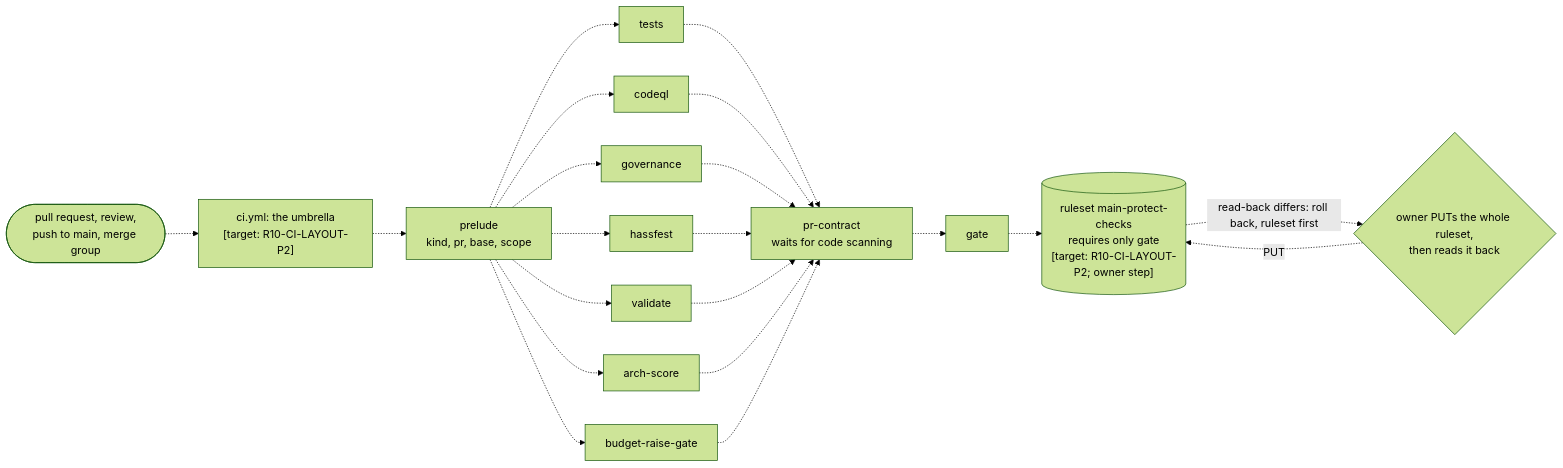
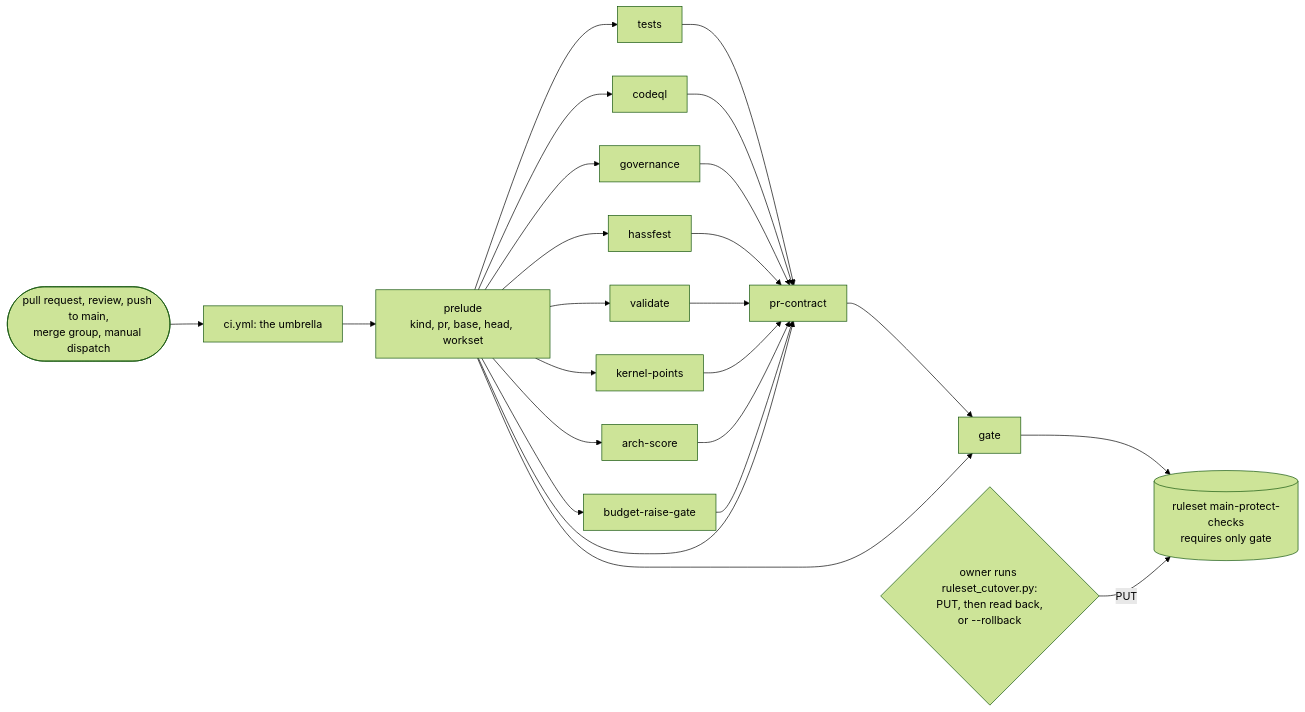
The first of 4 diagrams in dev/README.md (tvofi/heatpump_optimizer), drawn with Mermaid (forest theme) before and after one commit. The commit also changed other lines of this file and 22 other files, not shown here.

Commit message:
wip: round 7 repair step, the tree of f6b7356ef7: origin/main merged again

````diff
--- a/dev/README.md
+++ b/dev/README.md
@@ -164,17 +164,19 @@
 ```mermaid
 flowchart LR
-    ev(["pull request, review,<br/>push to main, merge group"]) -.-> ci["ci.yml: the umbrella<br/>[target: R10-CI-LAYOUT-P2]"]
-    ci -.-> pre["prelude<br/>kind, pr, base, scope"]
-    pre -.-> tests["tests"]
-    pre -.-> codeql["codeql"]
-    pre -.-> gov["governance"]
-    pre -.-> hass["hassfest"]
-    pre -.-> val["validate"]
-    pre -.-> arch["arch-score"]
-    pre -.-> brg["budget-raise-gate"]
-    tests & codeql & gov & hass & val & arch & brg -.-> prc["pr-contract<br/>waits for code scanning"]
-    prc -.-> gate["gate"]
-    gate -.-> rs[("ruleset main-protect-checks<br/>requires only gate<br/>[target: R10-CI-LAYOUT-P2; owner step]")]
-    cut{"owner PUTs the whole ruleset,<br/>then reads it back"} -.->|"PUT"| rs
-    rs -.->|"read-back differs: roll back, ruleset first"| cut
+    ev(["pull request, review, push to main,<br/>merge group, manual dispatch"]) --> ci["ci.yml: the umbrella"]
+    ci --> pre["prelude<br/>kind, pr, base, head, workset"]
+    pre --> tests["tests"]
+    pre --> codeql["codeql"]
+    pre --> gov["governance"]
+    pre --> hass["hassfest"]
+    pre --> val["validate"]
+    pre --> kp["kernel-points"]
+    pre --> arch["arch-score"]
+    pre --> brg["budget-raise-gate"]
+    tests & codeql & gov & hass & val & kp & arch & brg --> prc["pr-contract"]
+    pre --> prc
+    prc --> gate["gate"]
+    pre --> gate
+    gate --> rs[("ruleset main-protect-checks<br/>requires only gate")]
+    cut{"owner runs ruleset_cutover.py:<br/>PUT, then read back,<br/>or --rollback"} -->|"PUT"| rs
 ```
````
